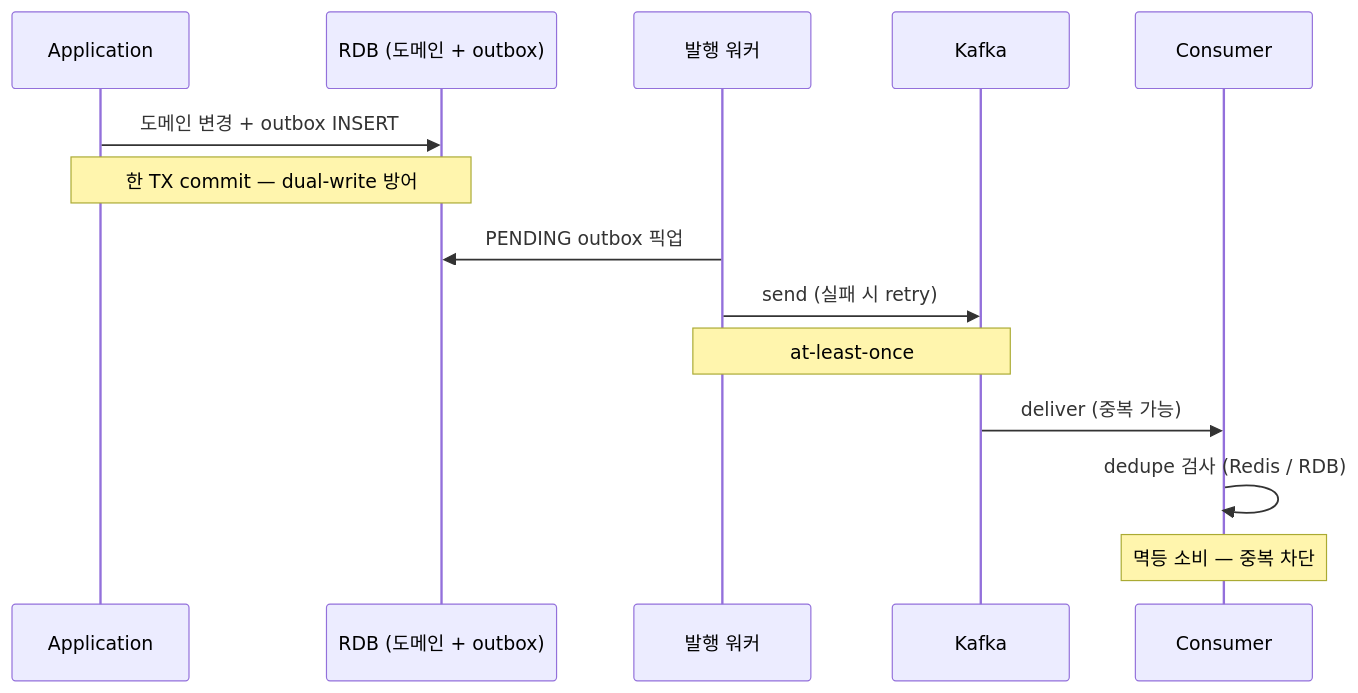
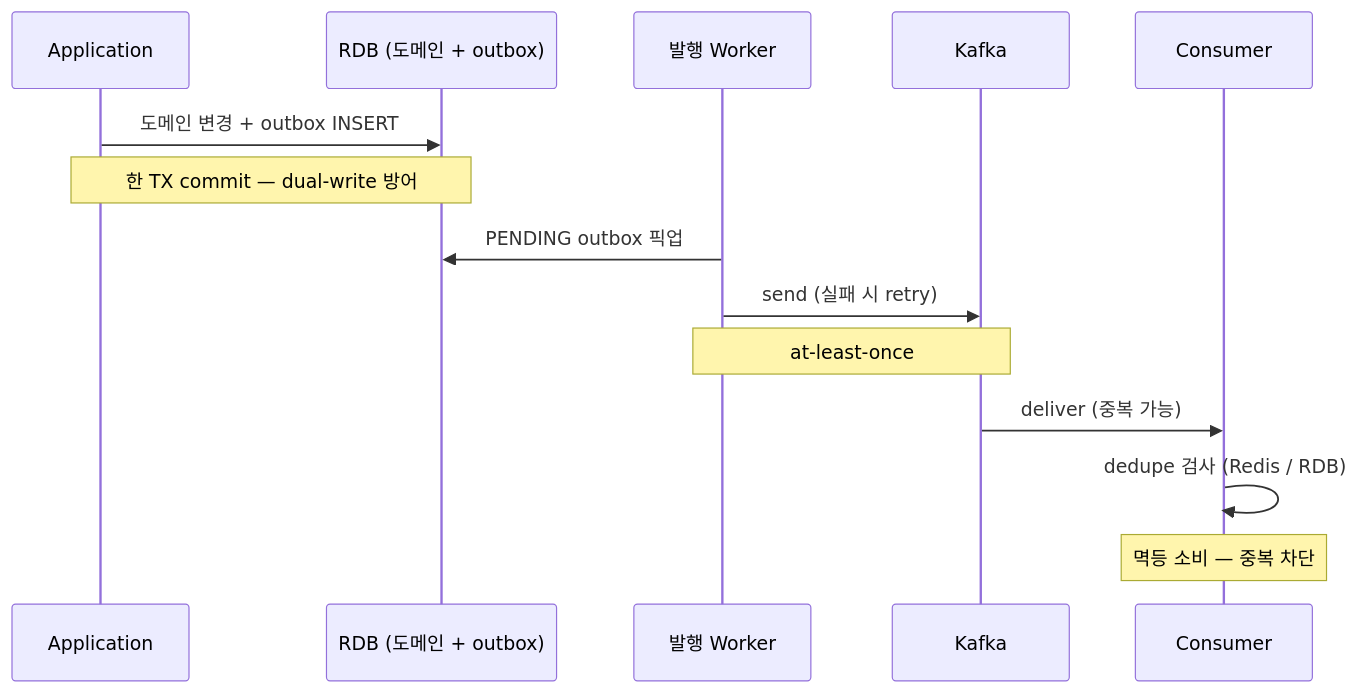
The second of 9 diagrams in README.md (hyoguoo/payment-platform), drawn with Mermaid before and after one commit. The commit also changed other lines of this file and 3 other files, not shown here.

````diff
--- a/README.md
+++ b/README.md
@@ -119,16 +121,16 @@
 ```mermaid
 sequenceDiagram
     participant App as Application
     participant DB as RDB (도메인 + outbox)
-    participant W as 발행 워커
+    participant W as 발행 Worker
     participant K as Kafka
     participant Sub as Consumer
     App ->> DB: 도메인 변경 + outbox INSERT
     Note over App,DB: 한 TX commit — dual-write 방어
     W ->> DB: PENDING outbox 픽업
     W ->> K: send (실패 시 retry)
     Note over W,K: at-least-once
     K ->> Sub: deliver (중복 가능)
     Sub ->> Sub: dedupe 검사 (Redis / RDB)
     Note over Sub: 멱등 소비 — 중복 차단
 ```
````
